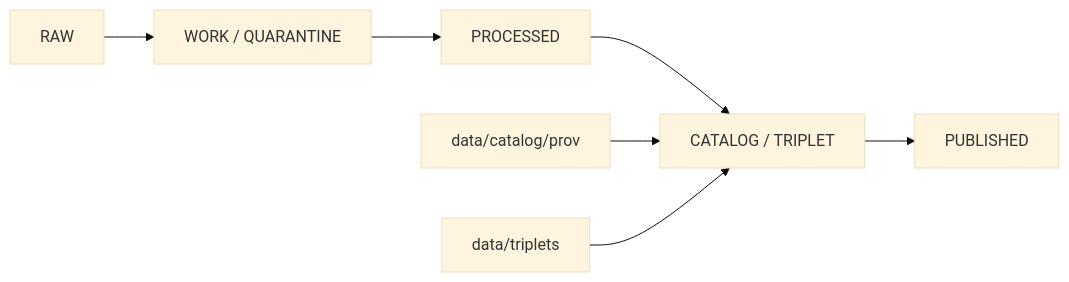
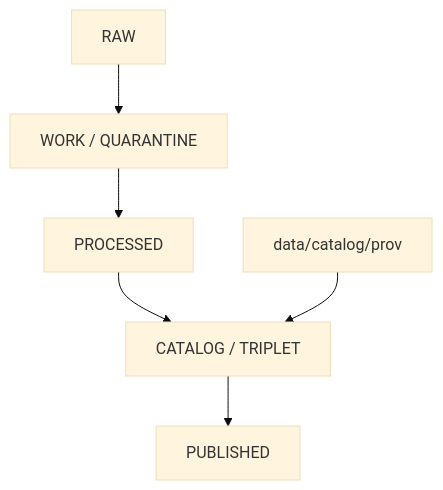
Before and after one commit to bartytime4life/Kansas-Frontier-Matrix: the diagram in data/catalog/prov/README.md, drawn with Mermaid (base theme). The commit also changed other lines of this file, not shown here.

Commit message:
docs: modernize PROV catalog README

````diff
--- a/data/catalog/prov/README.md
+++ b/data/catalog/prov/README.md
@@ -72,9 +356,8 @@
 ```mermaid
-flowchart LR
-  RAW[RAW] --> WORK[WORK / QUARANTINE]
-  WORK --> PROCESSED[PROCESSED]
-  PROCESSED --> CATALOG[CATALOG / TRIPLET]
-  CATALOG --> PUBLISHED[PUBLISHED]
-  PROV[data/catalog/prov] --> CATALOG
-  TRIP[data/triplets] --> CATALOG
+flowchart TB
+  RAW["RAW"] --> WQ["WORK / QUARANTINE"]
+  WQ --> PROCESSED["PROCESSED"]
+  PROCESSED --> CATALOG["CATALOG / TRIPLET"]
+  CATALOG --> PUBLISHED["PUBLISHED"]
+  PROV["data/catalog/prov"] --> CATALOG
 ```
````
